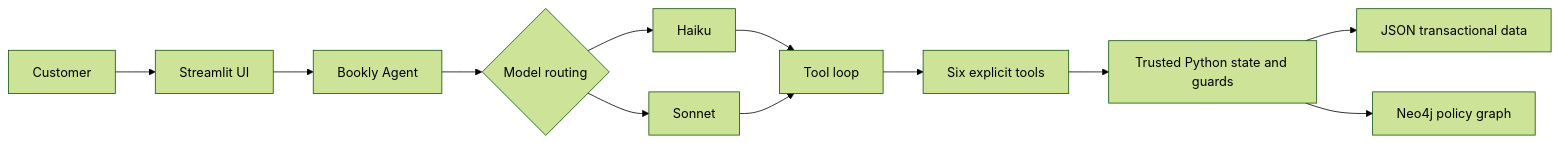
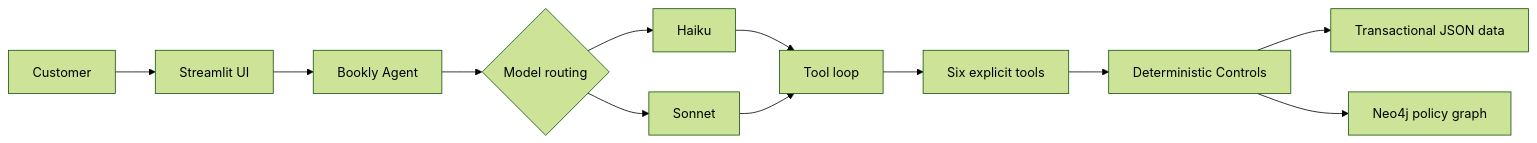
The diagram in docs/architecture.md (emillaurence/customer-support-agent), drawn with Mermaid (forest theme) before and after one commit. The commit also changed other lines of this file and 3 other files, not shown here.

````diff
--- a/docs/architecture.md
+++ b/docs/architecture.md
@@ -28,14 +27,14 @@
 ```mermaid
 flowchart LR
     A[Customer] --> B[Streamlit UI]
     B --> C[Bookly Agent]
     C --> D{Model routing}
     D --> E[Haiku]
     D --> F[Sonnet]
     E --> G[Tool loop]
     F --> G
     G --> H[Six explicit tools]
-    H --> I[Trusted Python state and guards]
-    I --> J[JSON transactional data]
+    H --> I[Deterministic Controls]
+    I --> J[Transactional JSON data]
     I --> K[Neo4j policy graph]
 ```
````
